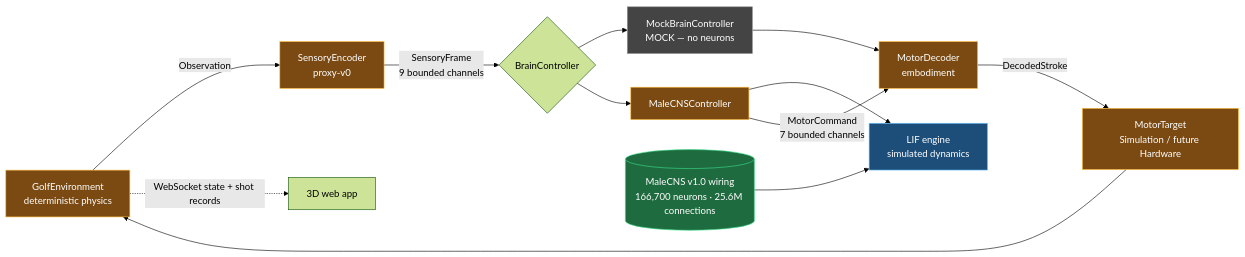
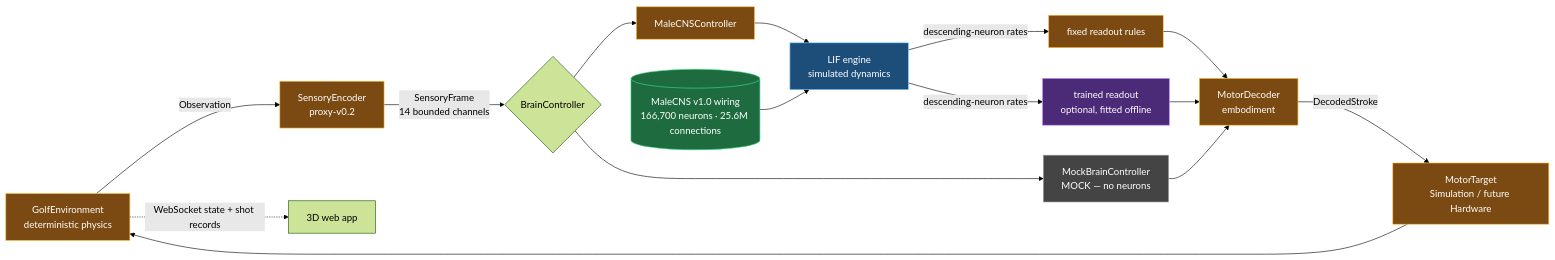
Before and after one commit to jameskbb/fly-golf: the diagram in README.md, drawn with Mermaid (forest theme). The commit also changed other lines of this file and 50 other files, not shown here.

````diff
--- a/README.md
+++ b/README.md
@@ -235,23 +275,28 @@
 ```mermaid
 flowchart LR
-  G[GolfEnvironment<br/>deterministic physics] -->|Observation| S[SensoryEncoder<br/>proxy-v0]
-  S -->|SensoryFrame<br/>9 bounded channels| B{BrainController}
+  G[GolfEnvironment<br/>deterministic physics] -->|Observation| S[SensoryEncoder<br/>proxy-v0.2]
+  S -->|SensoryFrame<br/>14 bounded channels| B{BrainController}
   B --> M[MockBrainController<br/>MOCK — no neurons]
   B --> C[MaleCNSController]
   C --> E[LIF engine<br/>simulated dynamics]
   W1[(MaleCNS v1.0 wiring<br/>166,700 neurons · 25.6M connections)] --> E
-  M --> D[MotorDecoder<br/>embodiment]
-  C -->|MotorCommand<br/>7 bounded channels| D
+  E -->|descending-neuron rates| R[fixed readout rules]
+  E -->|descending-neuron rates| TR[trained readout<br/>optional, fitted offline]
+  R --> D[MotorDecoder<br/>embodiment]
+  TR --> D
+  M --> D
   D -->|DecodedStroke| T[MotorTarget<br/>Simulation / future Hardware]
   T --> G
   G -.->|WebSocket state + shot records| W[3D web app]
 
   classDef real fill:#1f6b40,stroke:#39e08a,color:#fff
   classDef modeled fill:#1d4e7a,stroke:#6cc7ff,color:#fff
   classDef engineered fill:#7a4a12,stroke:#ffb938,color:#fff
+  classDef trained fill:#4b2a78,stroke:#c38bff,color:#fff
   classDef mock fill:#444,stroke:#999,color:#fff
   class W1 real
   class E modeled
-  class S,C,D,T,G engineered
+  class S,C,R,D,T,G engineered
+  class TR trained
   class M mock
 ```
````
